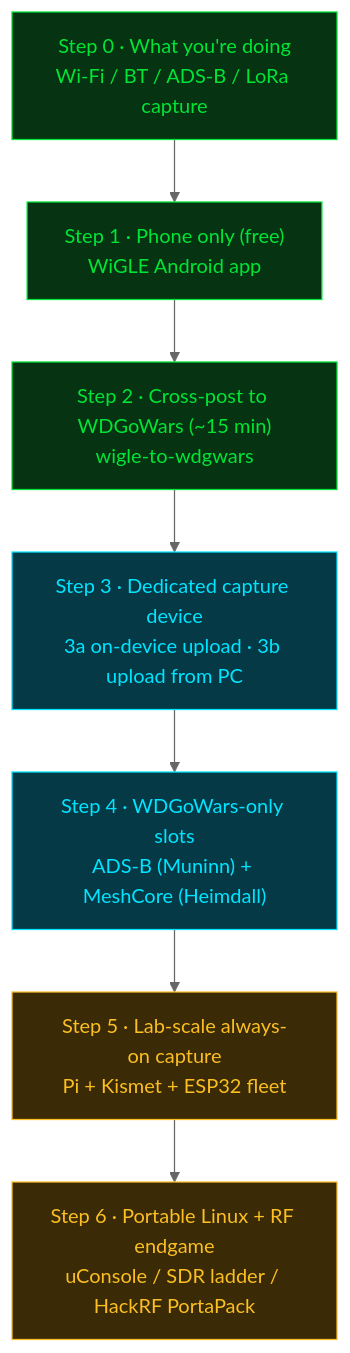
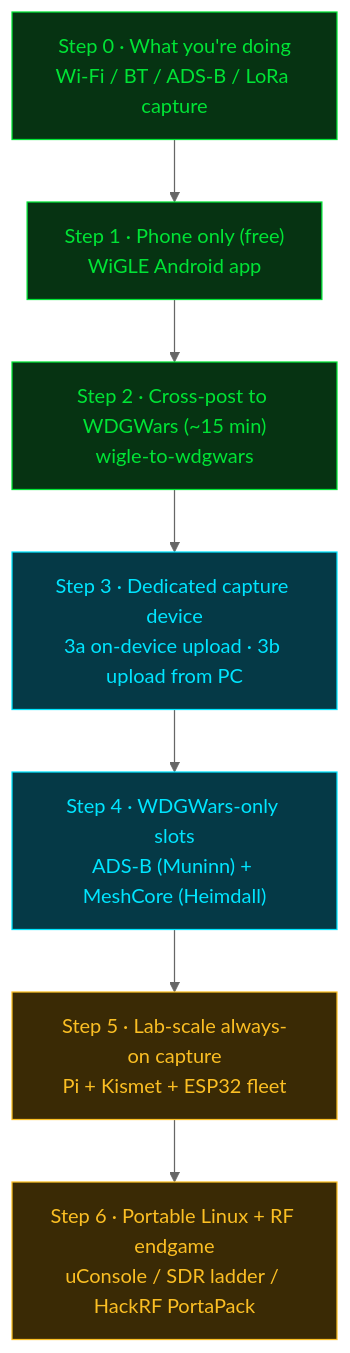
Before and after one commit to HiroAlleyCat/wdgo-onramp: the diagram in docs/onramp.md, drawn with Mermaid (neutral theme). The commit also changed other lines of this file and 13 other files, not shown here.

````diff
--- a/docs/onramp.md
+++ b/docs/onramp.md
@@ -14,16 +14,16 @@
 ```mermaid
 flowchart TD
     s0["Step 0 · What you're doing<br/>Wi-Fi / BT / ADS-B / LoRa capture"] --> s1
     s1["Step 1 · Phone only (free)<br/>WiGLE Android app"] --> s2
-    s2["Step 2 · Cross-post to WDGoWars (~15 min)<br/>wigle-to-wdgwars"] --> s3
+    s2["Step 2 · Cross-post to WDGWars (~15 min)<br/>wigle-to-wdgwars"] --> s3
     s3["Step 3 · Dedicated capture device<br/>3a on-device upload · 3b upload from PC"] --> s4
-    s4["Step 4 · WDGoWars-only slots<br/>ADS-B (Muninn) + MeshCore (Heimdall)"] --> s5
+    s4["Step 4 · WDGWars-only slots<br/>ADS-B (Muninn) + MeshCore (Heimdall)"] --> s5
     s5["Step 5 · Lab-scale always-on capture<br/>Pi + Kismet + ESP32 fleet"] --> s6
     s6["Step 6 · Portable Linux + RF endgame<br/>uConsole / SDR ladder / HackRF PortaPack"]
     classDef free fill:#063312,stroke:#00e436,color:#00e436
     classDef spend fill:#053946,stroke:#00e5ff,color:#00e5ff
     classDef adv fill:#3a2a05,stroke:#fbbf24,color:#fbbf24
     class s0,s1,s2 free
     class s3,s4 spend
     class s5,s6 adv
 ```
````
